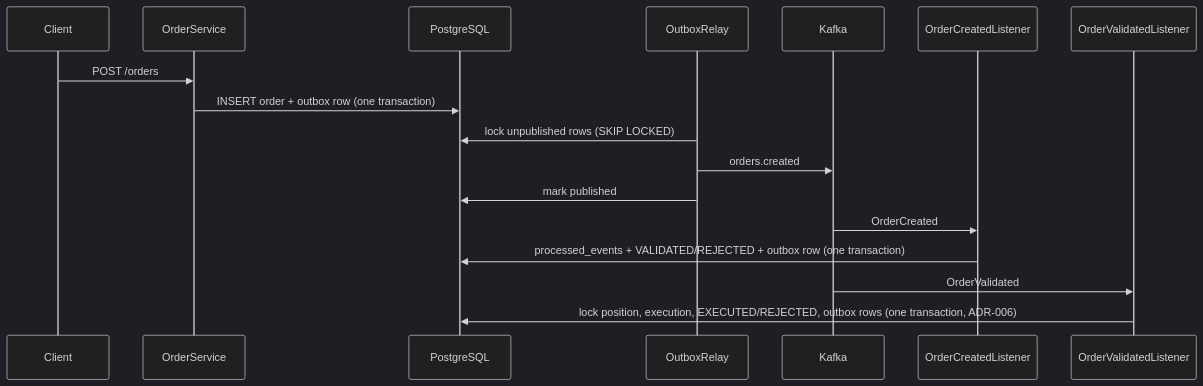
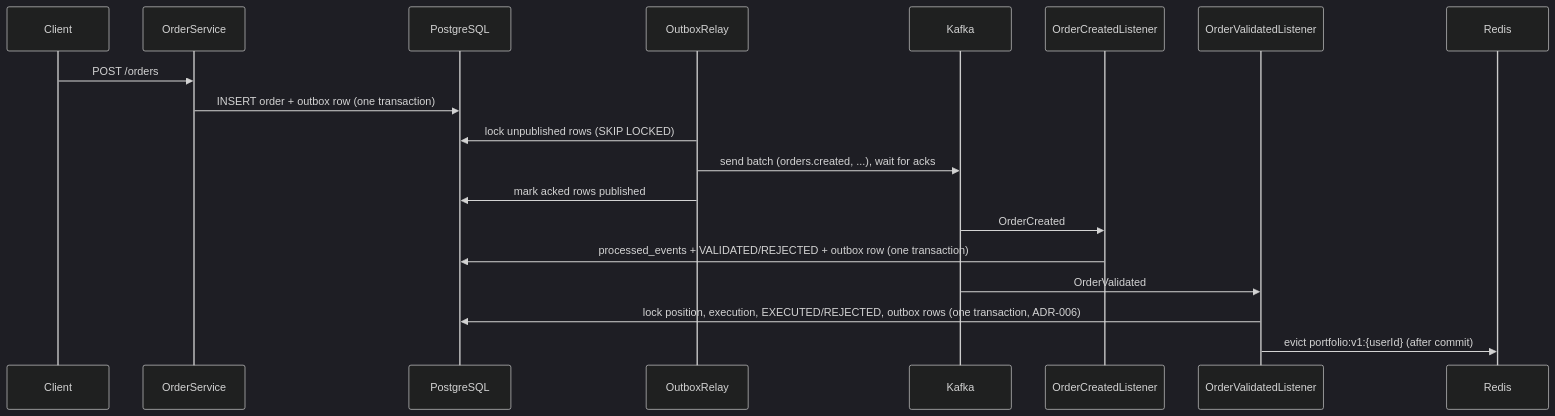
The diagram in docs/kafka.md (Suniljadaun/MultiThreadedCrawler), drawn with Mermaid (dark theme) before and after one commit. The commit also changed other lines of this file and 12 other files, not shown here.

Commit message:
docs: add consistency, reliability, testing, security, deployment and runbooks; align diagrams with code

````diff
--- a/docs/kafka.md
+++ b/docs/kafka.md
@@ -5,12 +5,13 @@
 ```mermaid
 sequenceDiagram
     Client->>OrderService: POST /orders
     OrderService->>PostgreSQL: INSERT order + outbox row (one transaction)
     OutboxRelay->>PostgreSQL: lock unpublished rows (SKIP LOCKED)
-    OutboxRelay->>Kafka: orders.created
-    OutboxRelay->>PostgreSQL: mark published
+    OutboxRelay->>Kafka: send batch (orders.created, ...), wait for acks
+    OutboxRelay->>PostgreSQL: mark acked rows published
     Kafka->>OrderCreatedListener: OrderCreated
     OrderCreatedListener->>PostgreSQL: processed_events + VALIDATED/REJECTED + outbox row (one transaction)
     Kafka->>OrderValidatedListener: OrderValidated
     OrderValidatedListener->>PostgreSQL: lock position, execution, EXECUTED/REJECTED, outbox rows (one transaction, ADR-006)
+    OrderValidatedListener->>Redis: evict portfolio:v1:{userId} (after commit)
 ```
````
